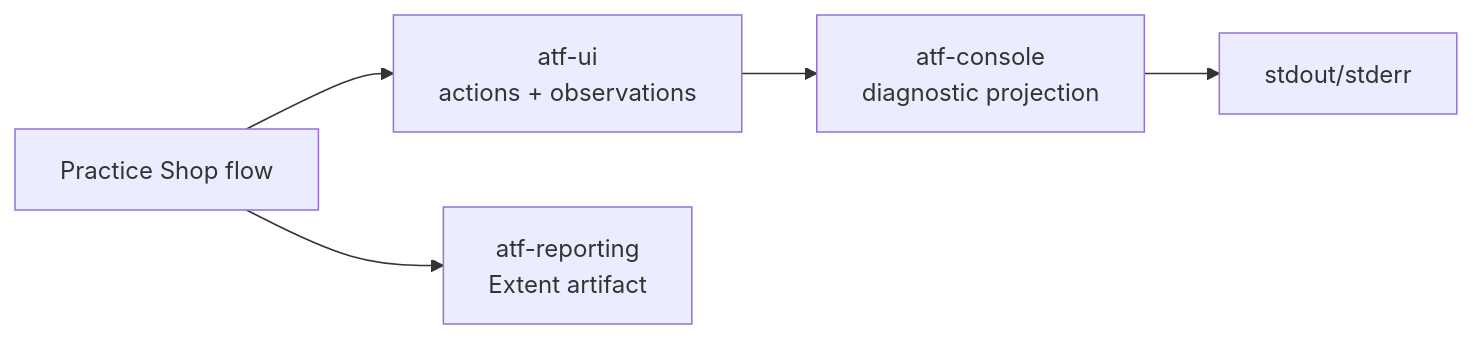
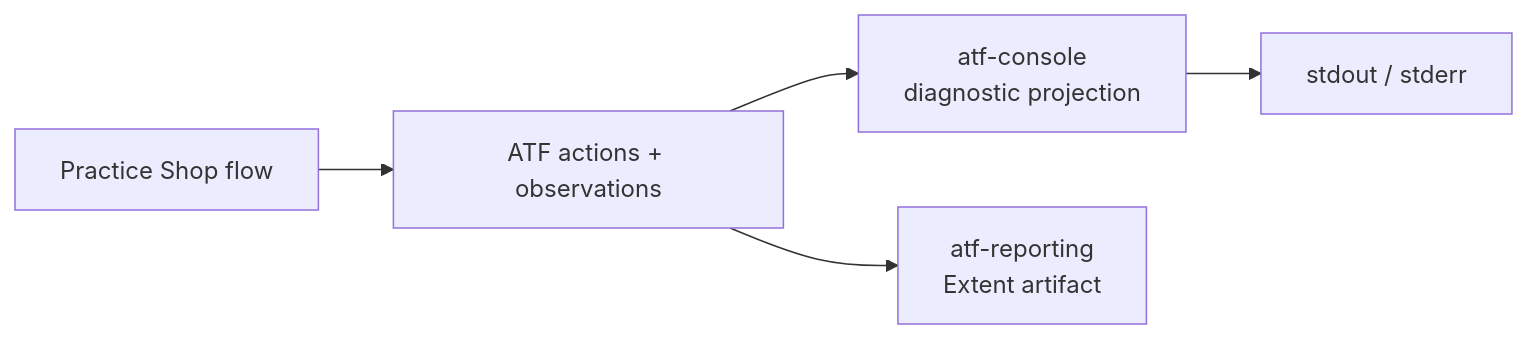
The second of 10 diagrams in atf-test-practice-shop/README.md (crististefanita/demo2), drawn with Mermaid before and after one commit. The commit also changed other lines of this file and 107 other files, not shown here.

Commit message:
Refine Java ATF API reporting and Practice Shop

````diff
--- a/atf-test-practice-shop/README.md
+++ b/atf-test-practice-shop/README.md
@@ -40,7 +40,7 @@
 ```mermaid
 flowchart LR
-    Flow[Practice Shop flow] --> Ui[atf-ui<br/>actions + observations]
-    Flow --> Report[atf-reporting<br/>Extent artifact]
-    Ui --> Console[atf-console<br/>diagnostic projection]
-    Console --> Stdout[stdout/stderr]
+    Flow["Practice Shop flow"] --> Evidence["ATF actions + observations"]
+    Evidence --> Console["atf-console<br/>diagnostic projection"]
+    Evidence --> Report["atf-reporting<br/>Extent artifact"]
+    Console --> Stdout["stdout / stderr"]
 ```
````
